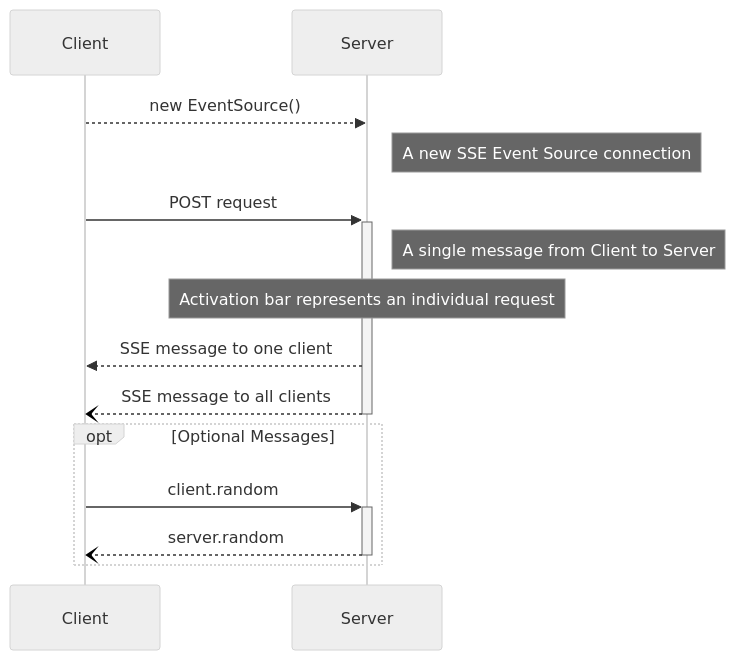
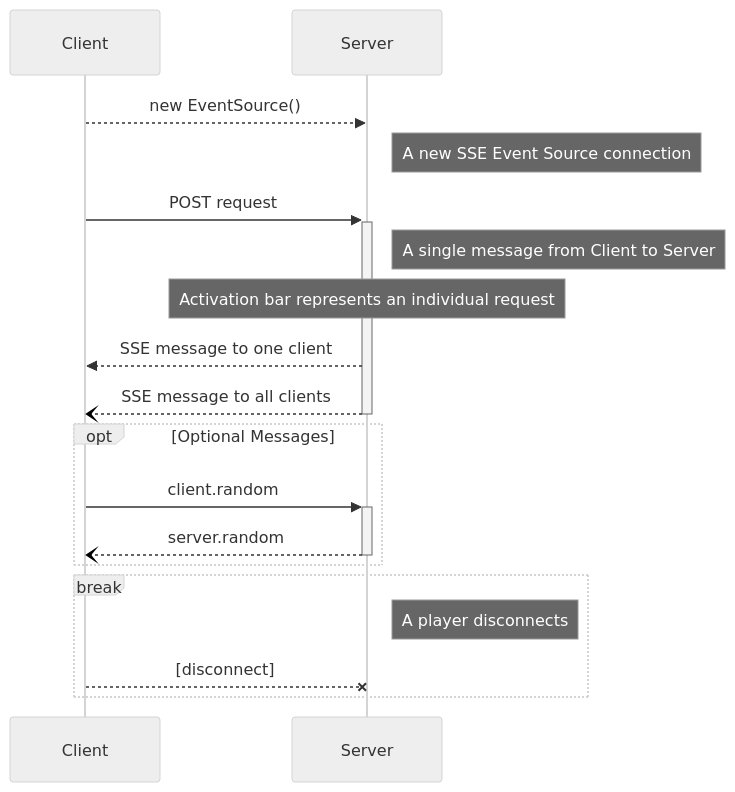
One commit to chancellor-games/spec changed the first of 6 diagrams in docs/spec/diagrams.md. Above: the diagram before and after it, drawn with Mermaid (neutral theme). The commit also changed other lines of this file and 2 other files, not shown here.

Commit message:
chore: add full example diagram

````diff
--- a/docs/spec/diagrams.md
+++ b/docs/spec/diagrams.md
@@ -5,16 +5,20 @@
 ```mermaid
 sequenceDiagram
     participant C as Client
     participant S as Server
     C-->>S: new EventSource()
     Note right of S: A new SSE Event Source connection
     C->>+S: POST request
     Note right of S: A single message from Client to Server
     Note over S: Activation bar represents an individual request
     S-->>C: SSE message to one client
     S--)-C: SSE message to all clients
     opt Optional Messages
-    C->>+S: client.random
-    S--)-C: server.random
+        C->>+S: client.random
+        S--)-C: server.random
+    end
+    break
+        Note right of S: A player disconnects
+        C--xS: [disconnect]
     end
 ```
````
